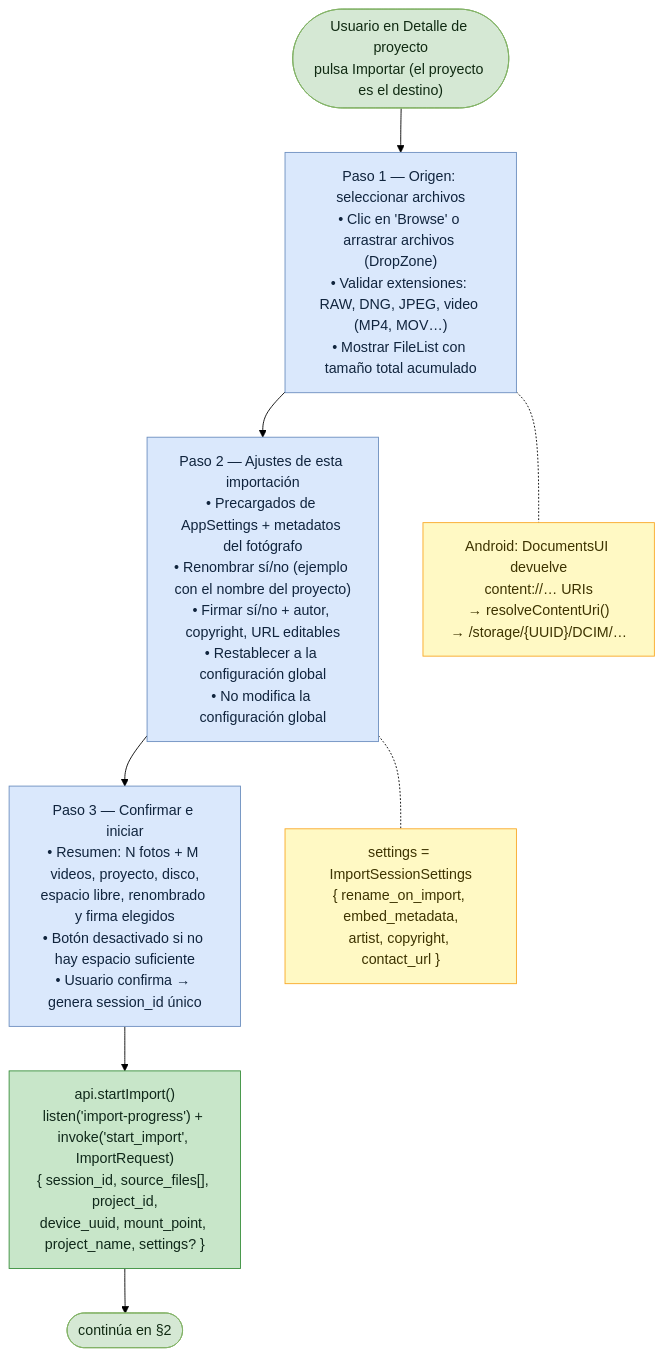
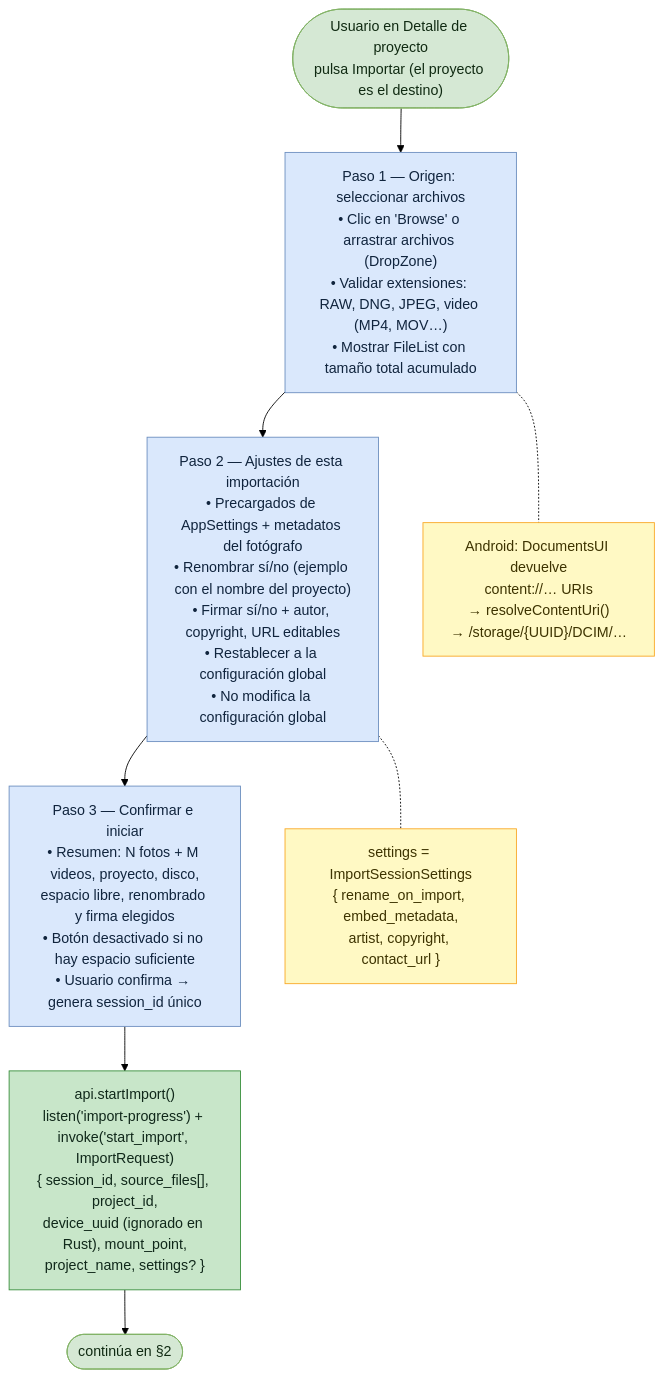
One commit to everitosan/lumik changed the second of 7 diagrams in docs/useCases/flujo-importar-imagenes.md. Above: the diagram before and after it, drawn with Mermaid (forest theme). The commit also changed other lines of this file and 21 other files, not shown here.

````diff
--- a/docs/useCases/flujo-importar-imagenes.md
+++ b/docs/useCases/flujo-importar-imagenes.md
@@ -41,25 +41,25 @@
 ```mermaid
 flowchart TD
     start(["Usuario en Detalle de proyecto<br/>pulsa Importar (el proyecto es el destino)"])
     s1["Paso 1 — Origen: seleccionar archivos<br/>• Clic en 'Browse' o arrastrar archivos (DropZone)<br/>• Validar extensiones: RAW, DNG, JPEG, video (MP4, MOV…)<br/>• Mostrar FileList con tamaño total acumulado"]
     s2["Paso 2 — Ajustes de esta importación<br/>• Precargados de AppSettings + metadatos del fotógrafo<br/>• Renombrar sí/no (ejemplo con el nombre del proyecto)<br/>• Firmar sí/no + autor, copyright, URL editables<br/>• Restablecer a la configuración global<br/>• No modifica la configuración global"]
     s3["Paso 3 — Confirmar e iniciar<br/>• Resumen: N fotos + M videos, proyecto, disco,<br/>espacio libre, renombrado y firma elegidos<br/>• Botón desactivado si no hay espacio suficiente<br/>• Usuario confirma → genera session_id único"]
-    invoke["api.startImport()<br/>listen('import-progress') + invoke('start_import', ImportRequest)<br/>{ session_id, source_files[], project_id,<br/>device_uuid, mount_point, project_name, settings? }"]
+    invoke["api.startImport()<br/>listen('import-progress') + invoke('start_import', ImportRequest)<br/>{ session_id, source_files[], project_id,<br/>device_uuid (ignorado en Rust), mount_point,<br/>project_name, settings? }"]
     next(["continúa en §2"])
 
     n_uri["Android: DocumentsUI devuelve<br/>content://… URIs<br/>→ resolveContentUri()<br/>→ /storage/{UUID}/DCIM/…"]
     n_set["settings = ImportSessionSettings<br/>{ rename_on_import, embed_metadata,<br/>artist, copyright, contact_url }"]
 
     start --> s1 --> s2 --> s3 --> invoke --> next
     s1 -.- n_uri
     s2 -.- n_set
 
     classDef term fill:#d5e8d4,stroke:#82b366,color:#102a12
     classDef ui fill:#dae8fc,stroke:#6c8ebf,color:#10243d
     classDef ipc fill:#c8e6c9,stroke:#388e3c,color:#10281a
     classDef note fill:#fff9c4,stroke:#f9a825,color:#3d3300
     class start,next term
     class s1,s2,s3 ui
     class invoke ipc
     class n_uri,n_set note
 ```
````
